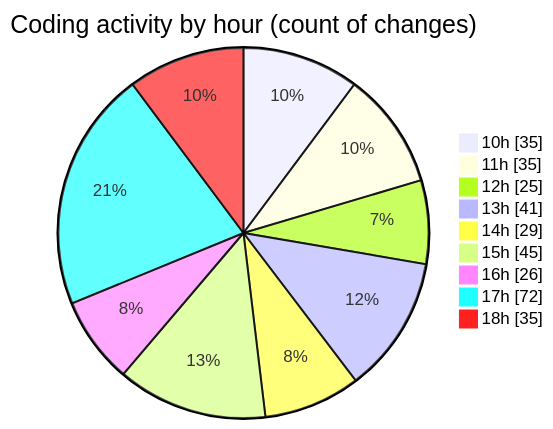
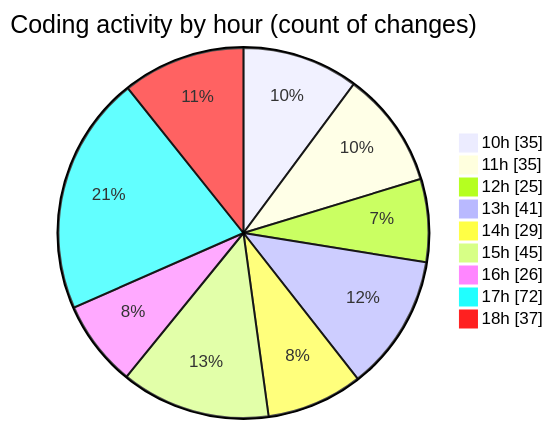
Before and after one commit to momahboobian/code-tracking: the second of 2 diagrams in 2025-03-26/cda/README.md, drawn with Mermaid. The commit also changed other lines of this file and 1 other file, not shown here.

````diff
--- a/2025-03-26/cda/README.md
+++ b/2025-03-26/cda/README.md
@@ -55,13 +55,13 @@
 ```mermaid
 pie showData
 title Coding activity by hour (count of changes)
 "10h" : 35
 "11h" : 35
 "12h" : 25
 "13h" : 41
 "14h" : 29
 "15h" : 45
 "16h" : 26
 "17h" : 72
-"18h" : 35
+"18h" : 37
 ```
````
